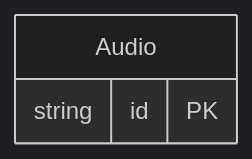
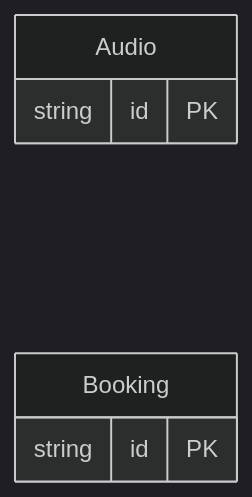
Before and after one commit to the-protobuf-project/store: the diagram in plugin/factory/wire/testdata/cases/oneof/golden/gorm/v1/README.md, drawn with Mermaid (dark theme). The commit also changed other lines of this file and 11 other files, not shown here.

````diff
--- a/plugin/factory/wire/testdata/cases/oneof/golden/gorm/v1/README.md
+++ b/plugin/factory/wire/testdata/cases/oneof/golden/gorm/v1/README.md
@@ -15,7 +15,10 @@
 ```mermaid
 erDiagram
     direction LR
     Audio {
         string id PK
     }
+    Booking {
+        string id PK
+    }
 ```
````
